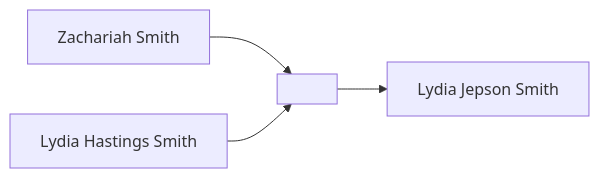
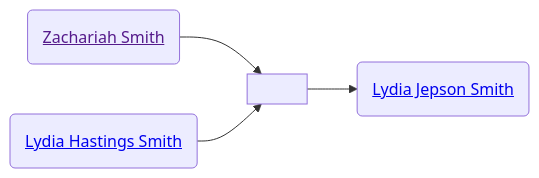
The second of 2 diagrams in familyhistory/sources/people/Merrill-line/White-line/Candace-Smith-line/Zachariah_Smith.qmd (neelsmith/avocational), drawn with Mermaid before and after one commit. The commit also changed other lines of this file and 71 other files, not shown here.

````diff
--- a/familyhistory/sources/people/Merrill-line/White-line/Candace-Smith-line/Zachariah_Smith.qmd
+++ b/familyhistory/sources/people/Merrill-line/White-line/Candace-Smith-line/Zachariah_Smith.qmd
@@ -36,6 +42,11 @@
 ```{mermaid}
 graph LR
-Zachariah_Smith[Zachariah Smith] --> Zachariah_Smith+Lydia_Hastings_Smith[ ]
-Lydia_Hastings_Smith[Lydia Hastings Smith] --> Zachariah_Smith+Lydia_Hastings_Smith[ ]
-Zachariah_Smith+Lydia_Hastings_Smith[ ] --> Lydia_Jepson_Smith[Lydia Jepson Smith]
+class Zachariah_Smith_and_Lydia_Hastings_Smith marriage
+Zachariah_Smith(<a href=''>Zachariah Smith</>) --> Zachariah_Smith_and_Lydia_Hastings_Smith[ ]
+Lydia_Hastings_Smith(<a href='./Lydia_Hastings_Smith.html'>Lydia Hastings Smith</>) --> Zachariah_Smith_and_Lydia_Hastings_Smith(( ))
+Zachariah_Smith_and_Lydia_Hastings_Smith[ ] --> Lydia_Jepson_Smith(<a href='./Lydia_Jepson_Smith.html'>Lydia Jepson Smith</>)
+classDef mother fill:#ffd1dc
+classDef father fill:#daf0f7  
+classDef marriage fill:#ffffff
+
 ```
````
